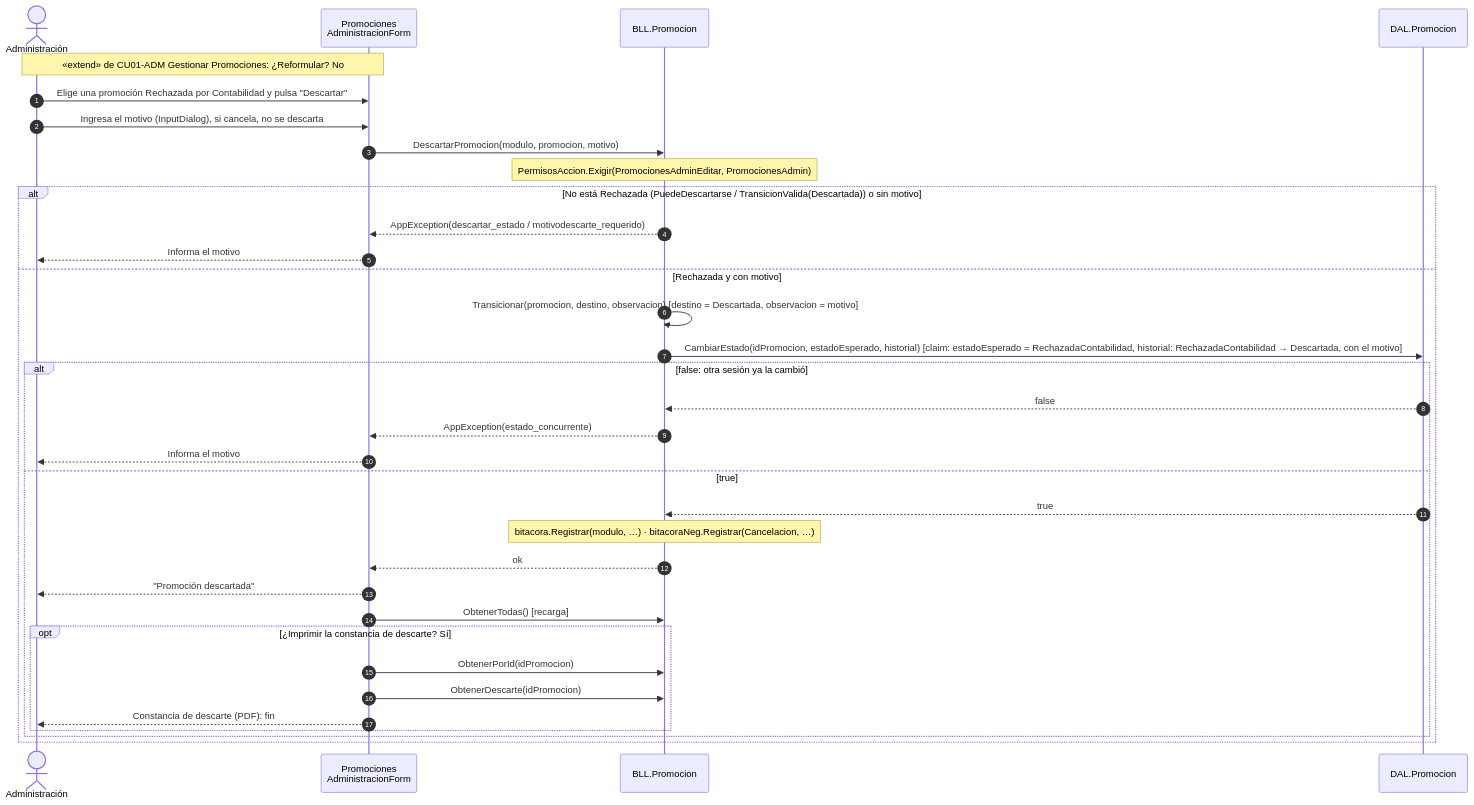
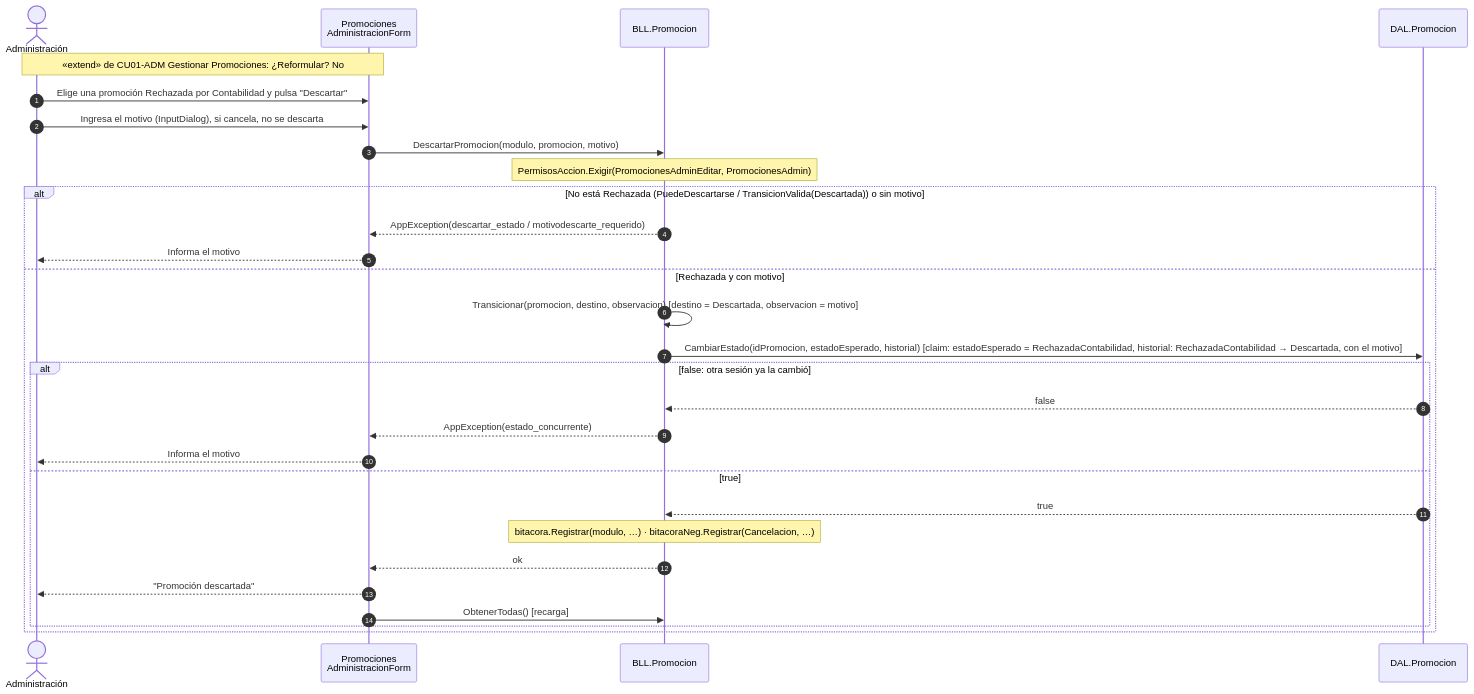
One commit to valentinamorana/Trabajo-de-Diploma changed the diagram in docs/diagramas/mermaid/DSS_PN03_CU04_ADM_DescartarPromocion.mmd. Above: the diagram before and after it, drawn with Mermaid. The commit also changed 33 other files, not shown here.

```diff
--- a/docs/diagramas/mermaid/DSS_PN03_CU04_ADM_DescartarPromocion.mmd
+++ b/docs/diagramas/mermaid/DSS_PN03_CU04_ADM_DescartarPromocion.mmd
@@ -1,34 +1,29 @@
 sequenceDiagram
   autonumber
   actor A as Administración
   participant F as Promociones<br/>AdministracionForm
   participant B as BLL.Promocion
   participant D as DAL.Promocion
   Note over A,F: «extend» de CU01-ADM Gestionar Promociones: ¿Reformular? No
   A->>F: Elige una promoción Rechazada por Contabilidad y pulsa "Descartar"
   A->>F: Ingresa el motivo (InputDialog), si cancela, no se descarta
   F->>B: DescartarPromocion(modulo, promocion, motivo)
   Note over B: PermisosAccion.Exigir(PromocionesAdminEditar, PromocionesAdmin)
   alt No está Rechazada (PuedeDescartarse / TransicionValida(Descartada)) o sin motivo
     B-->>F: AppException(descartar_estado / motivodescarte_requerido)
     F-->>A: Informa el motivo
   else Rechazada y con motivo
     B->>B: Transicionar(promocion, destino, observacion)  [destino = Descartada, observacion = motivo]
     B->>D: CambiarEstado(idPromocion, estadoEsperado, historial)  [claim: estadoEsperado = RechazadaContabilidad, historial: RechazadaContabilidad → Descartada, con el motivo]
     alt false: otra sesión ya la cambió
       D-->>B: false
       B-->>F: AppException(estado_concurrente)
       F-->>A: Informa el motivo
     else true
       D-->>B: true
       Note over B: bitacora.Registrar(modulo, …) · bitacoraNeg.Registrar(Cancelacion, …)
       B-->>F: ok
       F-->>A: "Promoción descartada"
       F->>B: ObtenerTodas()  [recarga]
-      opt ¿Imprimir la constancia de descarte? Sí
-        F->>B: ObtenerPorId(idPromocion)
-        F->>B: ObtenerDescarte(idPromocion)
-        F-->>A: Constancia de descarte (PDF): fin
-      end
     end
   end
```
